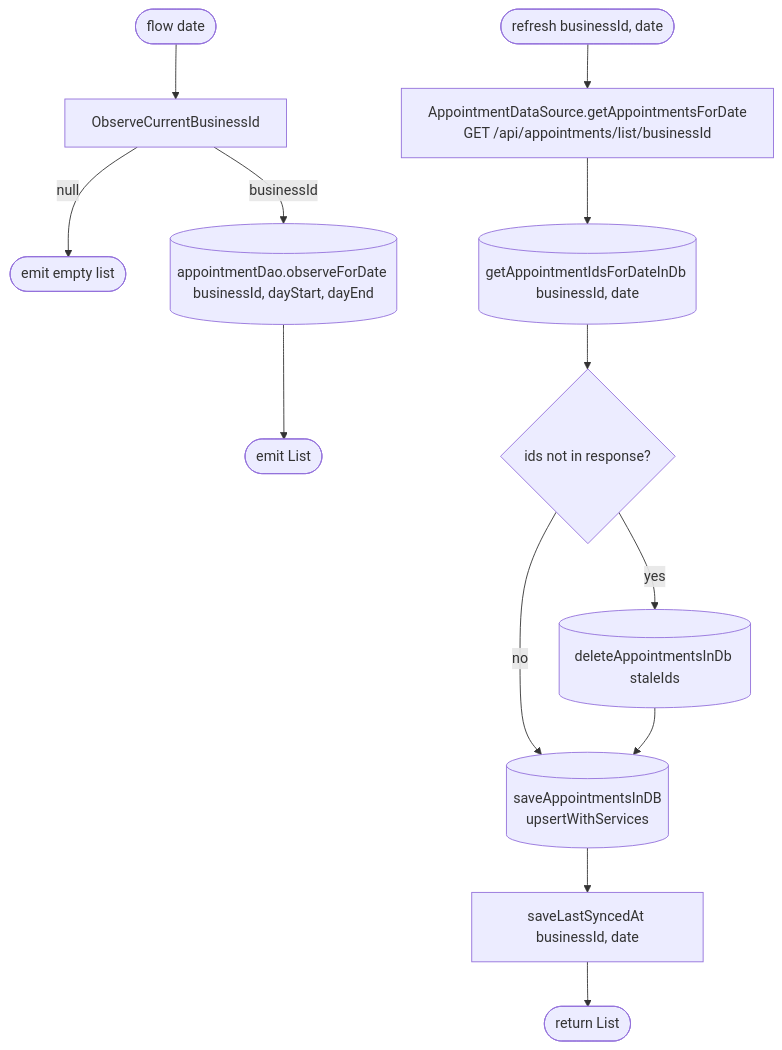
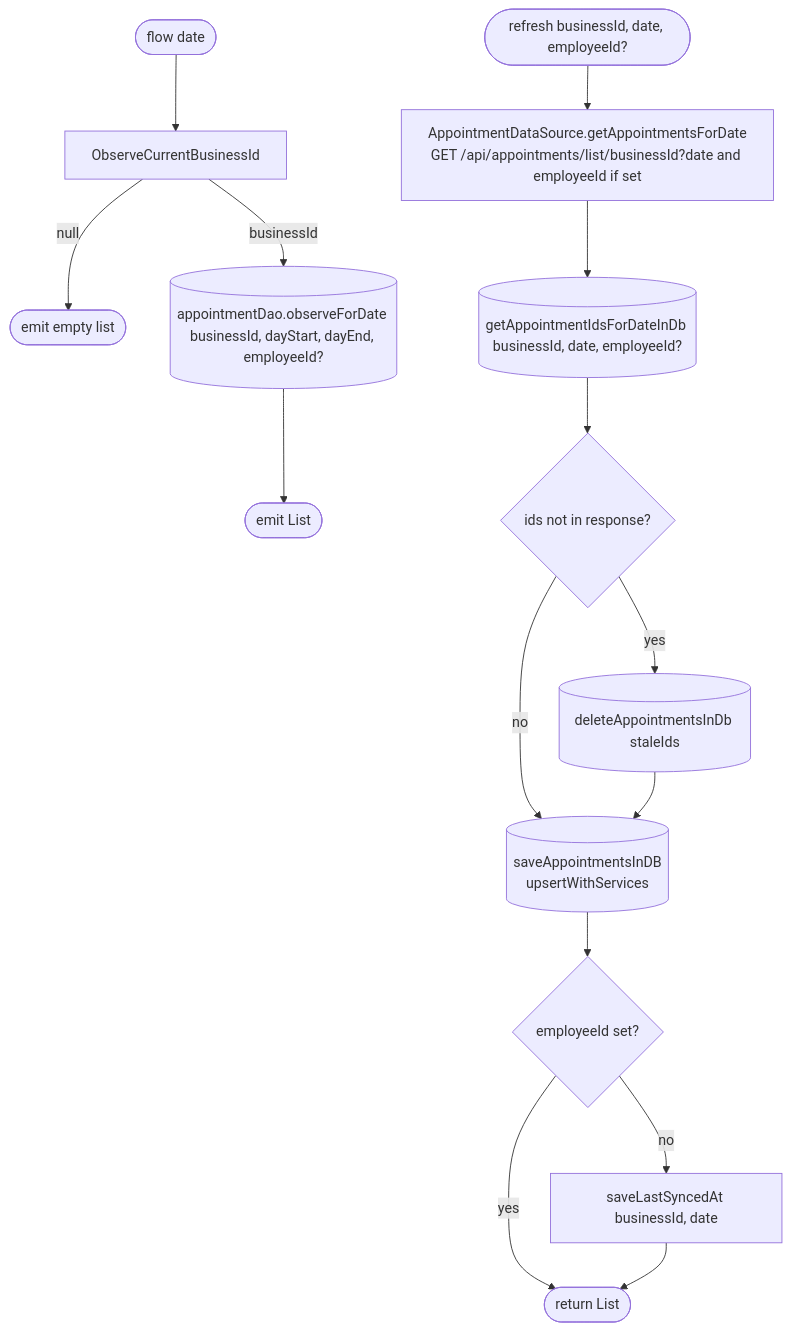
The diagram in docs/operations/appointments/get-appointments-for-business.md (nocturneproperties/bookkme-client), drawn with Mermaid before and after one commit. The commit also changed other lines of this file and 169 other files, not shown here.

````diff
--- a/docs/operations/appointments/get-appointments-for-business.md
+++ b/docs/operations/appointments/get-appointments-for-business.md
@@ -14,16 +20,18 @@
 ```mermaid
 flowchart TD
     F([flow date]) --> Cur[ObserveCurrentBusinessId]
     Cur -- null --> Empty([emit empty list])
-    Cur -- businessId --> Obs[(appointmentDao.observeForDate businessId, dayStart, dayEnd)]
+    Cur -- businessId --> Obs[(appointmentDao.observeForDate businessId, dayStart, dayEnd, employeeId?)]
     Obs --> FR([emit List])
 
-    R([refresh businessId, date]) --> Net[AppointmentDataSource.getAppointmentsForDate<br/>GET /api/appointments/list/businessId]
-    Net --> Ids[(getAppointmentIdsForDateInDb businessId, date)]
+    R([refresh businessId, date, employeeId?]) --> Net[AppointmentDataSource.getAppointmentsForDate<br/>GET /api/appointments/list/businessId?date and employeeId if set]
+    Net --> Ids[(getAppointmentIdsForDateInDb businessId, date, employeeId?)]
     Ids --> Stale{ids not in response?}
     Stale -- yes --> Del[(deleteAppointmentsInDb staleIds)]
     Stale -- no --> Save
     Del --> Save[(saveAppointmentsInDB<br/>upsertWithServices)]
-    Save --> Mark[saveLastSyncedAt businessId, date]
+    Save --> Filtered{employeeId set?}
+    Filtered -- no --> Mark[saveLastSyncedAt businessId, date]
+    Filtered -- yes --> RR
     Mark --> RR([return List])
 ```
````
